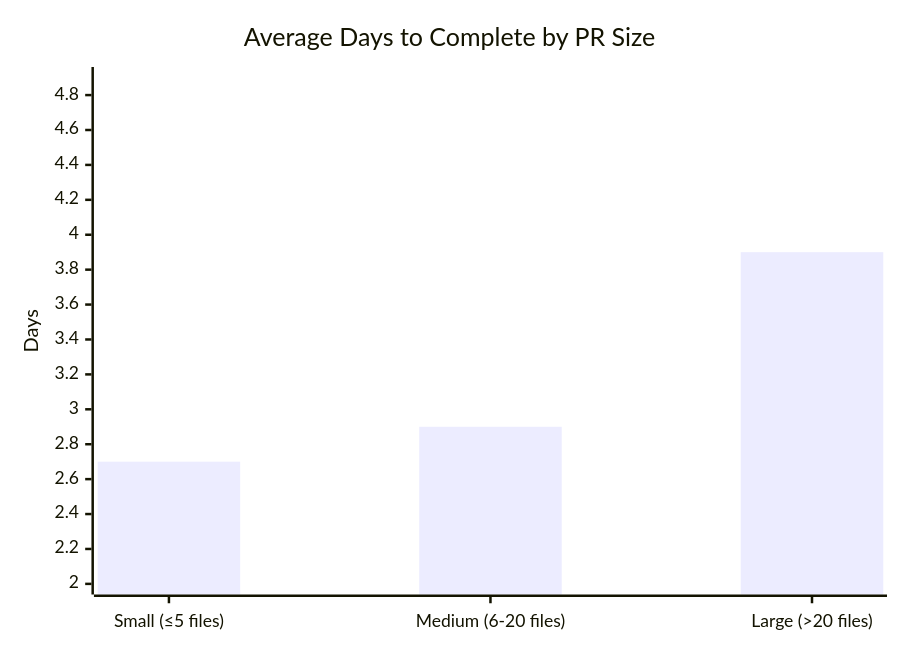
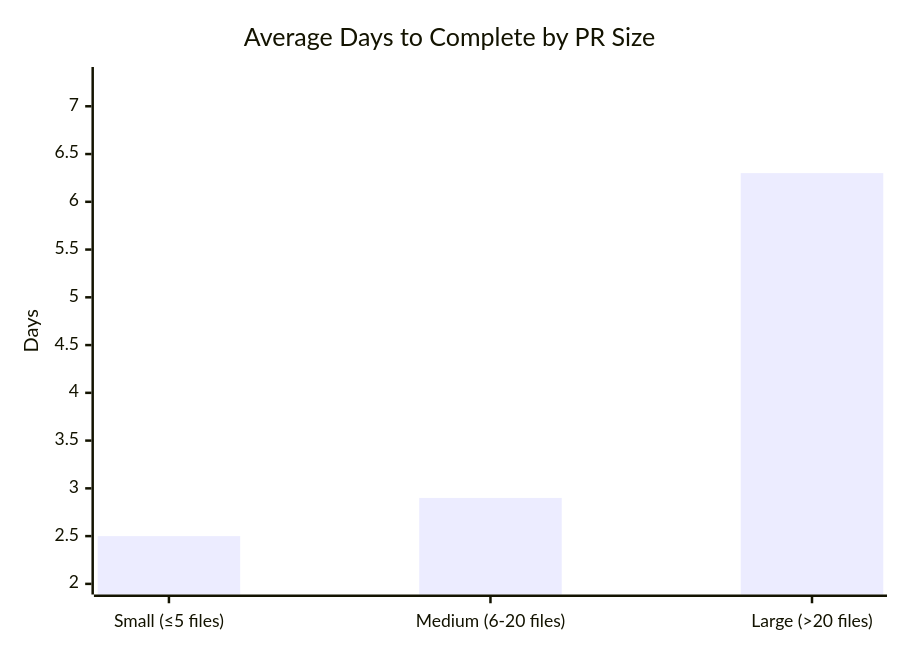
One commit to microsoft/edge-ai changed the third of 11 diagrams in docs/contributions.md. Above: the diagram before and after it, drawn with Mermaid. The commit also changed other lines of this file and 18 other files, not shown here.

````diff
--- a/docs/contributions.md
+++ b/docs/contributions.md
@@ -79,8 +56,8 @@
 ``` mermaid
 
 xychart-beta
     title "Average Days to Complete by PR Size"
     x-axis ["Small (≤5 files)", "Medium (6-20 files)", "Large (>20 files)"]
-    y-axis "Days" 2 --> 4.9
-    bar [2.7, 2.9, 3.9]
+    y-axis "Days" 2 --> 7.3
+    bar [2.5, 2.9, 6.3]
 ```
````
